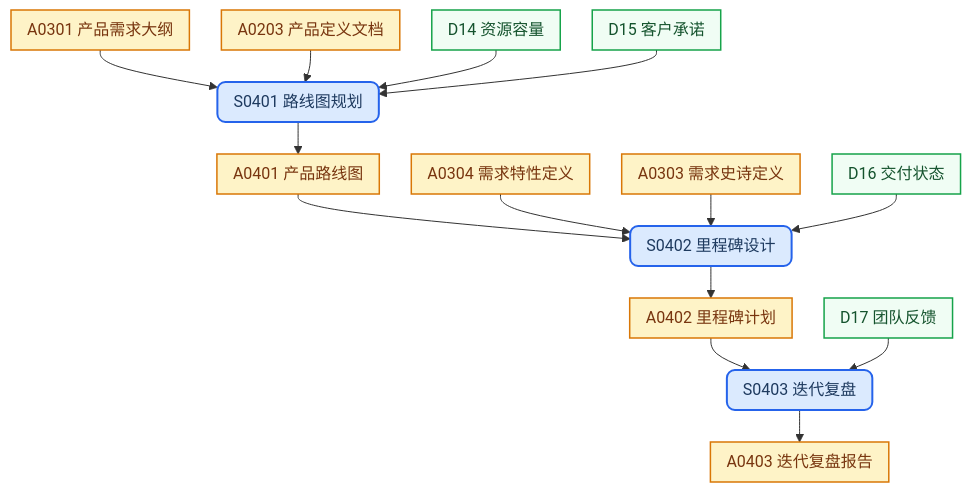
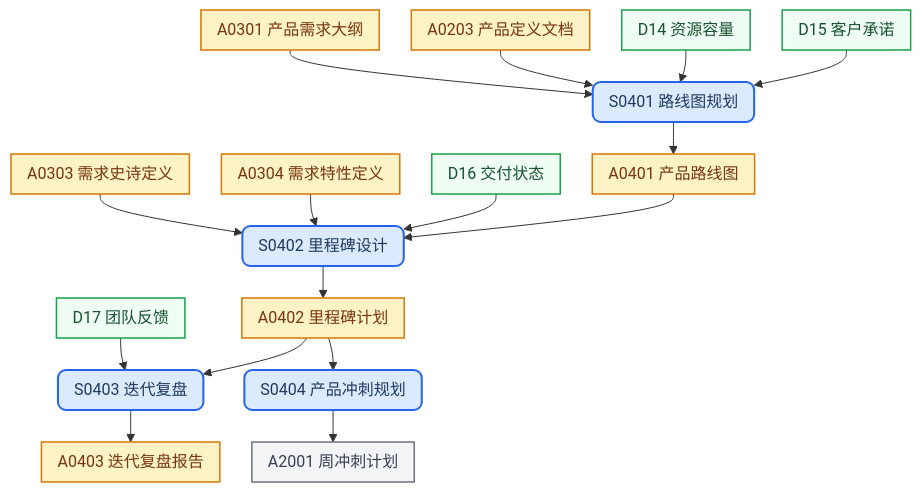
Before and after one commit to it188-networkx/crm-product: the diagram in roadmap/AGENTS.md, drawn with Mermaid. The commit also changed other lines of this file, not shown here.

Commit message:
特性：添加产品冲刺规划和周冲刺计划的流程定义

````diff
--- a/roadmap/AGENTS.md
+++ b/roadmap/AGENTS.md
@@ -14,39 +14,44 @@
 ```mermaid
 %%{init: {'flowchart': {'padding': 8, 'nodeSpacing': 32, 'rankSpacing': 32}} }%%
 graph TD
     classDef sop fill:#DBEAFE,stroke:#2563EB,stroke-width:2px,color:#1E3A5F,rx:8,ry:8
     classDef art fill:#FEF3C7,stroke:#D97706,stroke-width:1.5px,color:#78350F
     classDef dat fill:#F0FDF4,stroke:#16A34A,stroke-width:1.5px,color:#14532D
+    classDef ext fill:#F3F4F6,stroke:#6B7280,stroke-width:1.5px,color:#374151
 
     A0203["A0203 产品定义文档"]:::art
     A0301["A0301 产品需求大纲"]:::art
     A0303["A0303 需求史诗定义"]:::art
     A0304["A0304 需求特性定义"]:::art
     D14["D14 资源容量"]:::dat
     D15["D15 客户承诺"]:::dat
     D16["D16 交付状态"]:::dat
     D17["D17 团队反馈"]:::dat
 
     S0401["S0401 路线图规划"]:::sop
     A0401["A0401 产品路线图"]:::art
     S0402["S0402 里程碑设计"]:::sop
     A0402["A0402 里程碑计划"]:::art
     S0403["S0403 迭代复盘"]:::sop
     A0403["A0403 迭代复盘报告"]:::art
+    S0404["S0404 产品冲刺规划"]:::sop
+    A2001["A2001 周冲刺计划"]:::ext
 
     A0301 --> S0401
     A0203 --> S0401
     D14 --> S0401
     D15 --> S0401
     S0401 --> A0401
 
     A0401 --> S0402
     A0304 --> S0402
     A0303 --> S0402
     D16 --> S0402
     S0402 --> A0402
 
     A0402 --> S0403
     D17 --> S0403
     S0403 --> A0403
+    A0402 --> S0404
+    S0404 --> A2001
 ```
````
